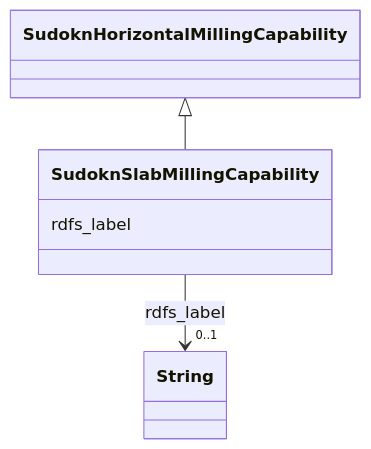
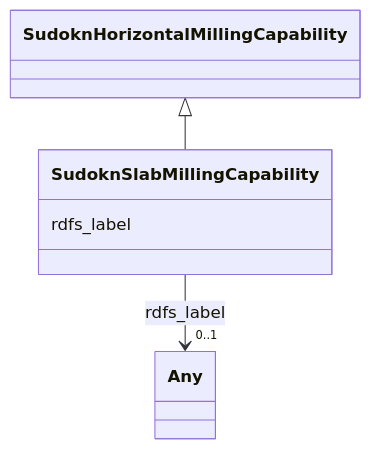
The diagram in sudokn-kg/classes/SudoknSlabMillingCapability.md (frink-okn/graph-descriptions), drawn with Mermaid before and after one commit. The commit also changed other lines of this file and 903 other files, not shown here.

````diff
--- a/sudokn-kg/classes/SudoknSlabMillingCapability.md
+++ b/sudokn-kg/classes/SudoknSlabMillingCapability.md
@@ -23,18 +16,18 @@
 ```mermaid
  classDiagram
     class SudoknSlabMillingCapability
     click SudoknSlabMillingCapability href "../SudoknSlabMillingCapability"
       SudoknHorizontalMillingCapability <|-- SudoknSlabMillingCapability
         click SudoknHorizontalMillingCapability href "../SudoknHorizontalMillingCapability"
       
       SudoknSlabMillingCapability : rdfs_label
         
           
     
     
-    SudoknSlabMillingCapability --> "0..1" String : rdfs_label
-    click String href "../String"
+    SudoknSlabMillingCapability --> "0..1" Any : rdfs_label
+    click Any href "../Any"
 
         
       
 ```
````
